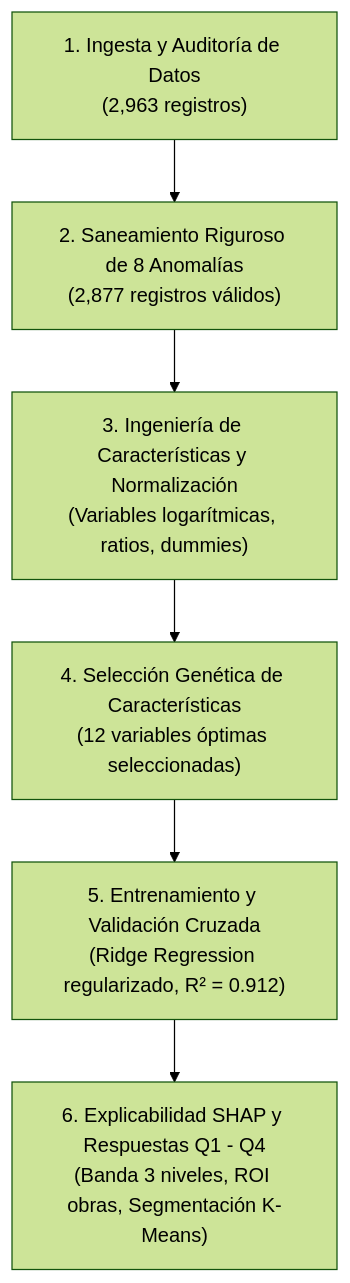
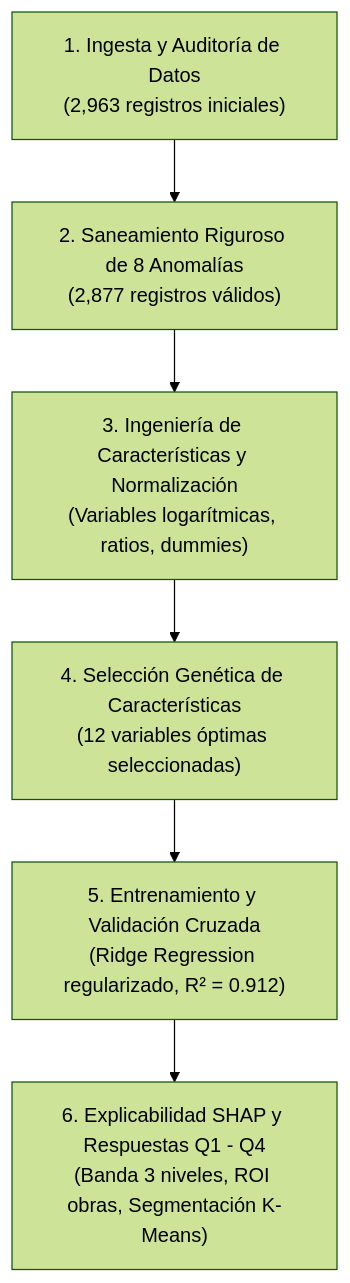
Before and after one commit to danielcordobap/Cuesta_partners_test: the diagram in README.md, drawn with Mermaid (forest theme). The commit also changed other lines of this file, not shown here.

````diff
--- a/README.md
+++ b/README.md
@@ -81,14 +93,14 @@
 ```mermaid
 flowchart TD
     A["1. Ingesta y Auditoría de Datos
-(2,963 registros)"] --> B["2. Saneamiento Riguroso de 8 Anomalías
+(2,963 registros iniciales)"] --> B["2. Saneamiento Riguroso de 8 Anomalías
 (2,877 registros válidos)"]
     B --> C["3. Ingeniería de Características y Normalización
 (Variables logarítmicas, ratios, dummies)"]
     C --> D["4. Selección Genética de Características
 (12 variables óptimas seleccionadas)"]
     D --> E["5. Entrenamiento y Validación Cruzada
 (Ridge Regression regularizado, R² = 0.912)"]
     E --> F["6. Explicabilidad SHAP y Respuestas Q1 - Q4
 (Banda 3 niveles, ROI obras, Segmentación K-Means)"]
 ```
````
